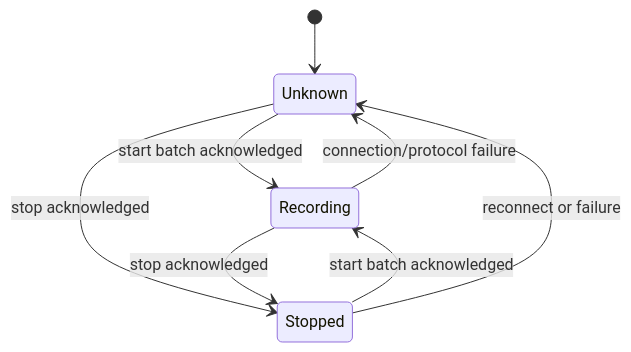
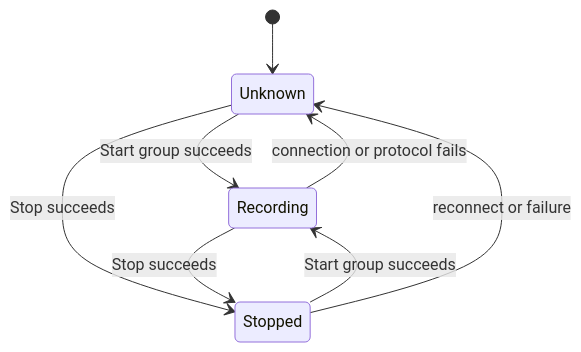
One commit to attackofthetitan/vicon-lsl-sync changed the fourth of 11 diagrams in docs/runtime-state-machines.md. Above: the diagram before and after it, drawn with Mermaid. The commit also changed other lines of this file and 6 other files, not shown here.

````diff
--- a/docs/runtime-state-machines.md
+++ b/docs/runtime-state-machines.md
@@ -179,10 +179,10 @@
 ```mermaid
 stateDiagram-v2
     [*] --> Unknown
-    Unknown --> Recording: start batch acknowledged
-    Stopped --> Recording: start batch acknowledged
-    Unknown --> Stopped: stop acknowledged
-    Recording --> Stopped: stop acknowledged
-    Recording --> Unknown: connection/protocol failure
+    Unknown --> Recording: Start group succeeds
+    Stopped --> Recording: Start group succeeds
+    Unknown --> Stopped: Stop succeeds
+    Recording --> Stopped: Stop succeeds
+    Recording --> Unknown: connection or protocol fails
     Stopped --> Unknown: reconnect or failure
 ```
````
